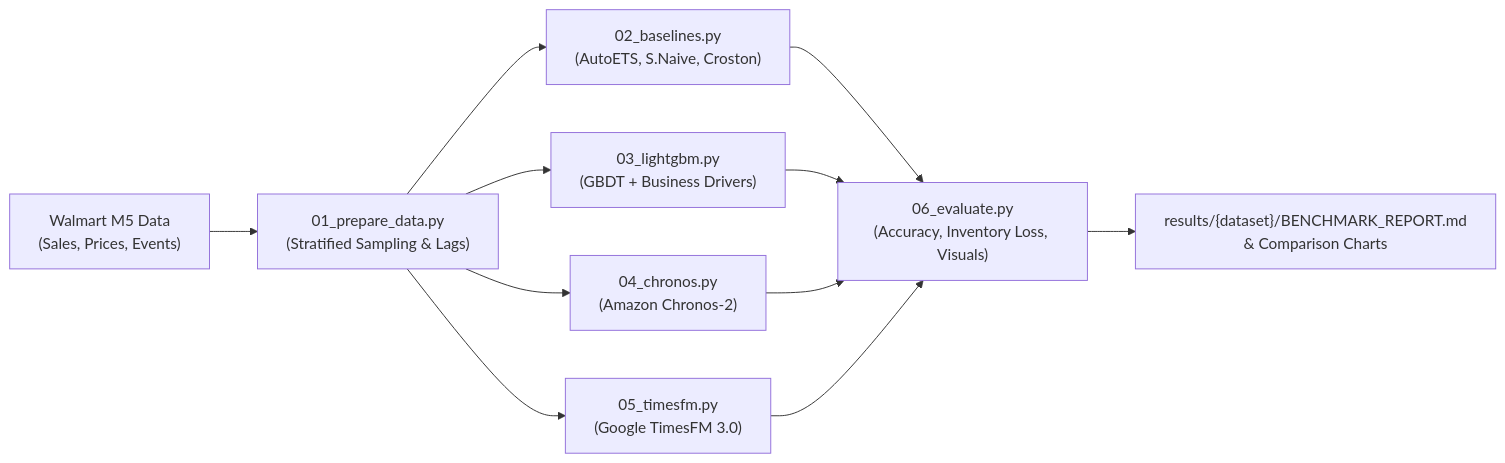
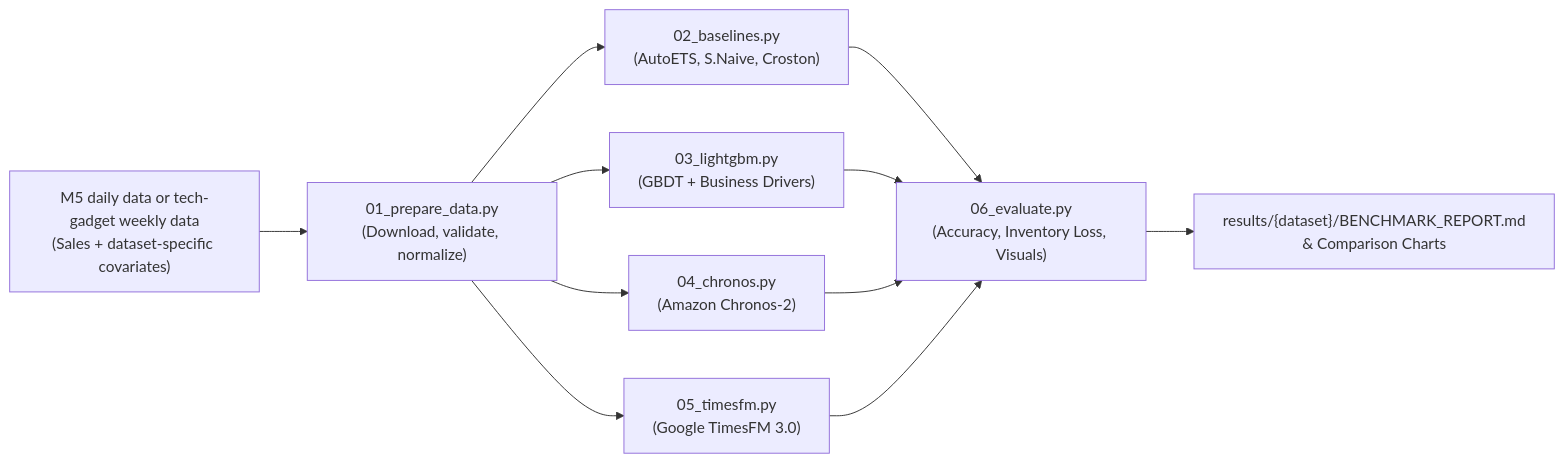
One commit to Ganesh-K-Indium/tsfm-demand-benchmark changed the diagram in README.md. Above: the diagram before and after it, drawn with Mermaid. The commit also changed other lines of this file, not shown here.

````diff
--- a/README.md
+++ b/README.md
@@ -29,12 +37,12 @@
 ```mermaid
 flowchart LR
-    A["Walmart M5 Data\n(Sales, Prices, Events)"] --> B["01_prepare_data.py\n(Stratified Sampling & Lags)"]
+    A["M5 daily data or tech-gadget weekly data\n(Sales + dataset-specific covariates)"] --> B["01_prepare_data.py\n(Download, validate, normalize)"]
     
     B --> C["02_baselines.py\n(AutoETS, S.Naive, Croston)"]
     B --> D["03_lightgbm.py\n(GBDT + Business Drivers)"]
     B --> E["04_chronos.py\n(Amazon Chronos-2)"]
     B --> F["05_timesfm.py\n(Google TimesFM 3.0)"]
     
     C & D & E & F --> G["06_evaluate.py\n(Accuracy, Inventory Loss, Visuals)"]
     G --> H["results/{dataset}/BENCHMARK_REPORT.md\n& Comparison Charts"]
 ```
````
